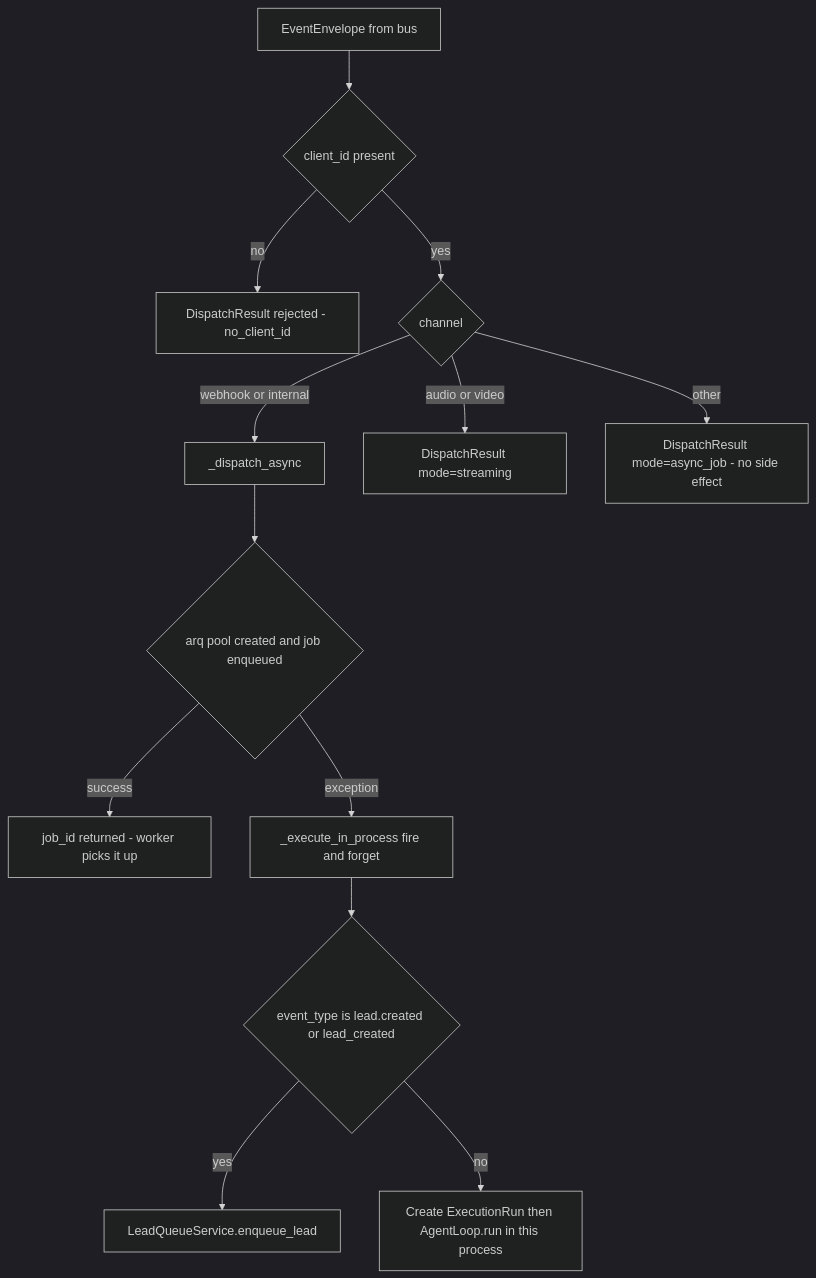
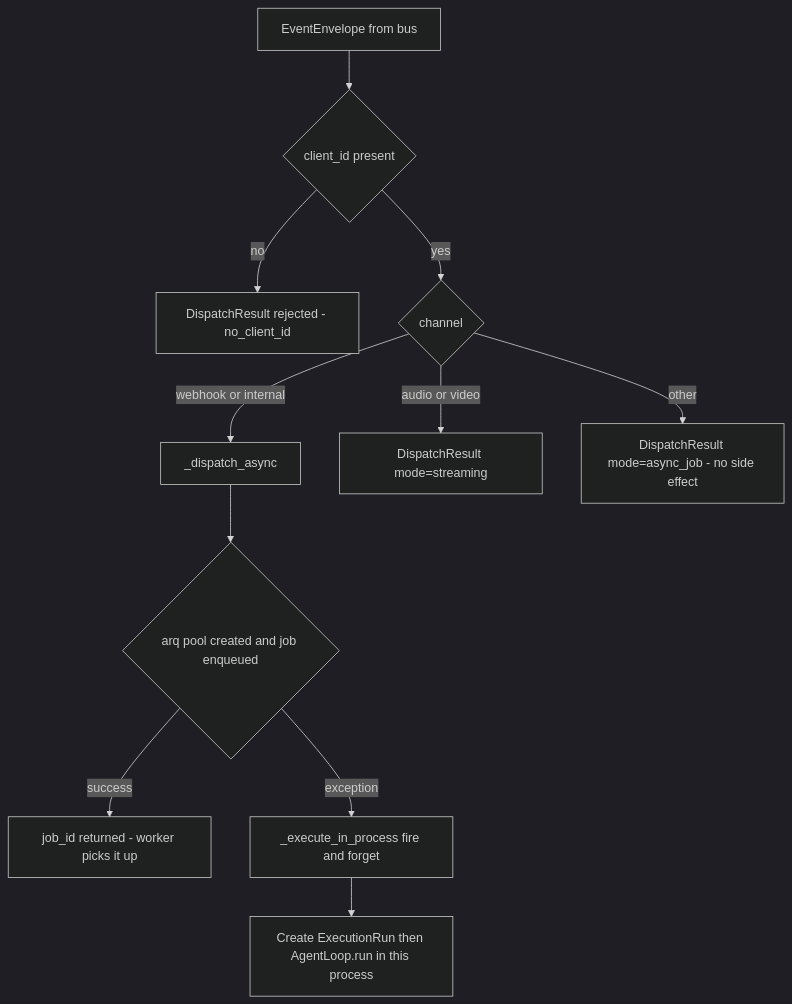
One commit to gondolerahul/hire-buddha-app changed the fourth of 22 diagrams in docs/current/13-gateway-and-realtime.md. Above: the diagram before and after it, drawn with Mermaid (dark theme). The commit also changed other lines of this file and 14 other files, not shown here.

First line of the commit message:
refactor(voice): delete the lead queue nothing drained (SA-08)

````diff
--- a/docs/current/13-gateway-and-realtime.md
+++ b/docs/current/13-gateway-and-realtime.md
@@ -379,16 +379,14 @@
 ```mermaid
 flowchart TD
     E["EventEnvelope from bus"] --> C{"client_id present"}
     C -->|no| REJ["DispatchResult rejected - no_client_id"]
     C -->|yes| CH{"channel"}
     CH -->|webhook or internal| ASY["_dispatch_async"]
     CH -->|audio or video| STR["DispatchResult mode=streaming"]
     CH -->|other| NOP["DispatchResult mode=async_job - no side effect"]
 
     ASY --> ARQ{"arq pool created and job enqueued"}
     ARQ -->|success| JOB["job_id returned - worker picks it up"]
     ARQ -->|exception| FB["_execute_in_process fire and forget"]
-    FB --> LEAD{"event_type is lead.created or lead_created"}
-    LEAD -->|yes| LQ["LeadQueueService.enqueue_lead"]
-    LEAD -->|no| RUN["Create ExecutionRun then AgentLoop.run in this process"]
+    FB --> RUN["Create ExecutionRun then AgentLoop.run in this process"]
 ```
````
